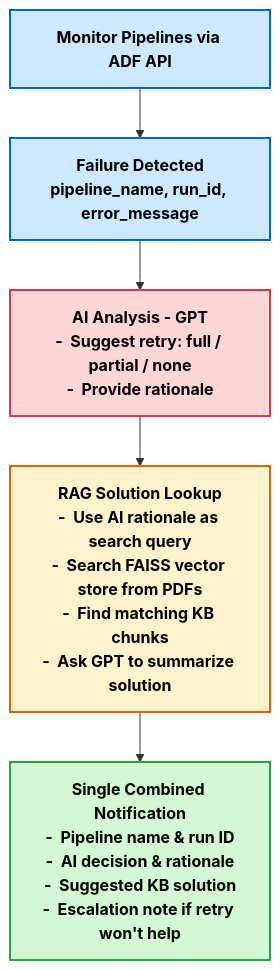
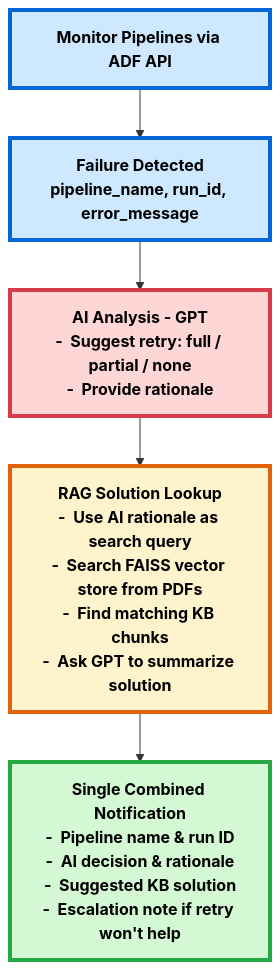
Before and after one commit to swarnavarsha1/adf_pipeline_monitor_ai_agent: the diagram in README.md, drawn with Mermaid.

Commit message:
implementation of RAG

````diff
--- a/README.md
+++ b/README.md
@@ -127,12 +127,12 @@
 ``` mermaid
 flowchart TD
     A[Monitor Pipelines via ADF API]:::step --> B[Failure Detected<br>pipeline_name, run_id, error_message]:::step
     B --> C[AI Analysis - GPT<br/>-  Suggest retry: full / partial / none<br/>-  Provide rationale]:::ai
     C --> D[RAG Solution Lookup<br/>-  Use AI rationale as search query<br/>-  Search FAISS vector store from PDFs<br/>-  Find matching KB chunks<br/>-  Ask GPT to summarize solution]:::rag
     D --> E[Single Combined Notification<br/>-  Pipeline name & run ID<br/>-  AI decision & rationale<br/>-  Suggested KB solution<br/>-  Escalation note if retry won't help]:::notif
 
-    classDef step fill:#CDE8FF,stroke:#0366d6,stroke-width:2px,color:#000,font-weight:bold
-    classDef ai fill:#FFD6D6,stroke:#d73a49,stroke-width:2px,color:#000,font-weight:bold
-    classDef rag fill:#FFF3CD,stroke:#e36209,stroke-width:2px,color:#000,font-weight:bold
-    classDef notif fill:#D4F8D4,stroke:#28a745,stroke-width:2px,color:#000,font-weight:bold
+    classDef step fill:#CDE8FF,stroke:#0366d6,stroke-width:4px,color:#000,font-weight:bold
+    classDef ai fill:#FFD6D6,stroke:#d73a49,stroke-width:4px,color:#000,font-weight:bold
+    classDef rag fill:#FFF3CD,stroke:#e36209,stroke-width:4px,color:#000,font-weight:bold
+    classDef notif fill:#D4F8D4,stroke:#28a745,stroke-width:4px,color:#000,font-weight:bold
 ```
````
